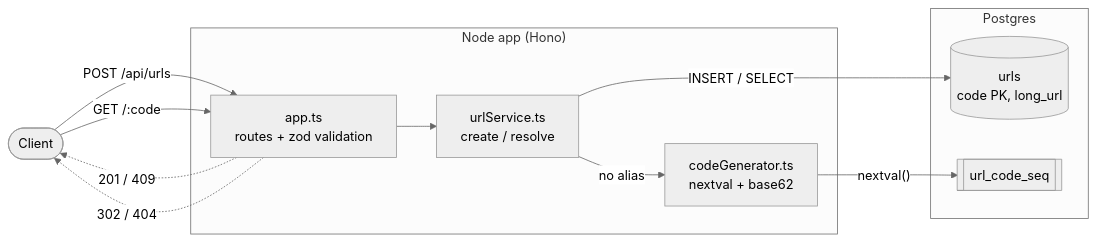
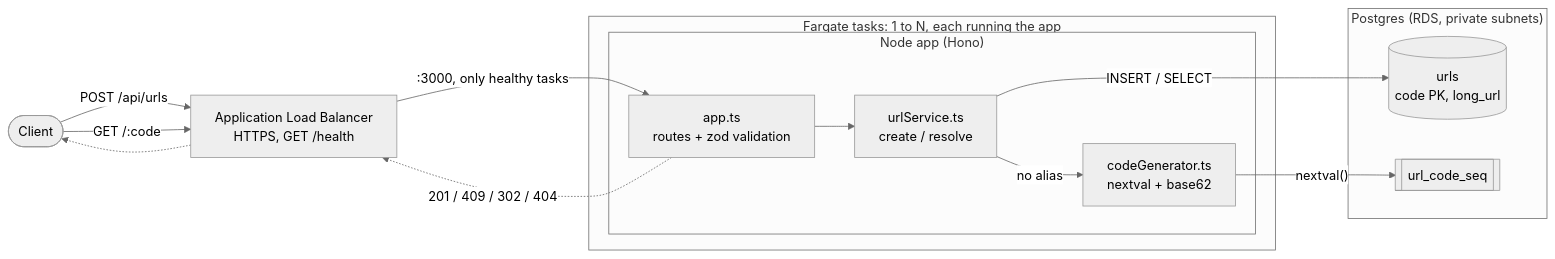
The diagram in README.md (curiousdirection/url-shortener), drawn with Mermaid (neutral theme) before and after one commit. The commit also changed other lines of this file and 21 other files, not shown here.

````diff
--- a/README.md
+++ b/README.md
@@ -7,25 +7,29 @@
 ```mermaid
 flowchart LR
     client([Client])
+    alb["Application Load Balancer<br/>HTTPS, GET /health"]
 
-    subgraph app["Node app (Hono)"]
-        routes["app.ts<br/>routes + zod validation"]
-        service["urlService.ts<br/>create / resolve"]
-        gen["codeGenerator.ts<br/>nextval + base62"]
-        routes --> service
-        service -->|"no alias"| gen
+    subgraph app["Fargate tasks: 1 to N, each running the app"]
+        subgraph node["Node app (Hono)"]
+            routes["app.ts<br/>routes + zod validation"]
+            service["urlService.ts<br/>create / resolve"]
+            gen["codeGenerator.ts<br/>nextval + base62"]
+            routes --> service
+            service -->|"no alias"| gen
+        end
     end
 
-    subgraph pg["Postgres"]
+    subgraph pg["Postgres (RDS, private subnets)"]
         urls[("urls<br/>code PK, long_url")]
         seq[["url_code_seq"]]
     end
 
-    client -->|"POST /api/urls"| routes
-    client -->|"GET /:code"| routes
-    routes -.->|"201 / 409"| client
-    routes -.->|"302 / 404"| client
+    client -->|"POST /api/urls"| alb
+    client -->|"GET /:code"| alb
+    alb -->|":3000, only healthy tasks"| routes
+    routes -.->|"201 / 409 / 302 / 404"| alb
+    alb -.-> client
 
     service -->|"INSERT / SELECT"| urls
     gen -->|"nextval()"| seq
 ```
````
